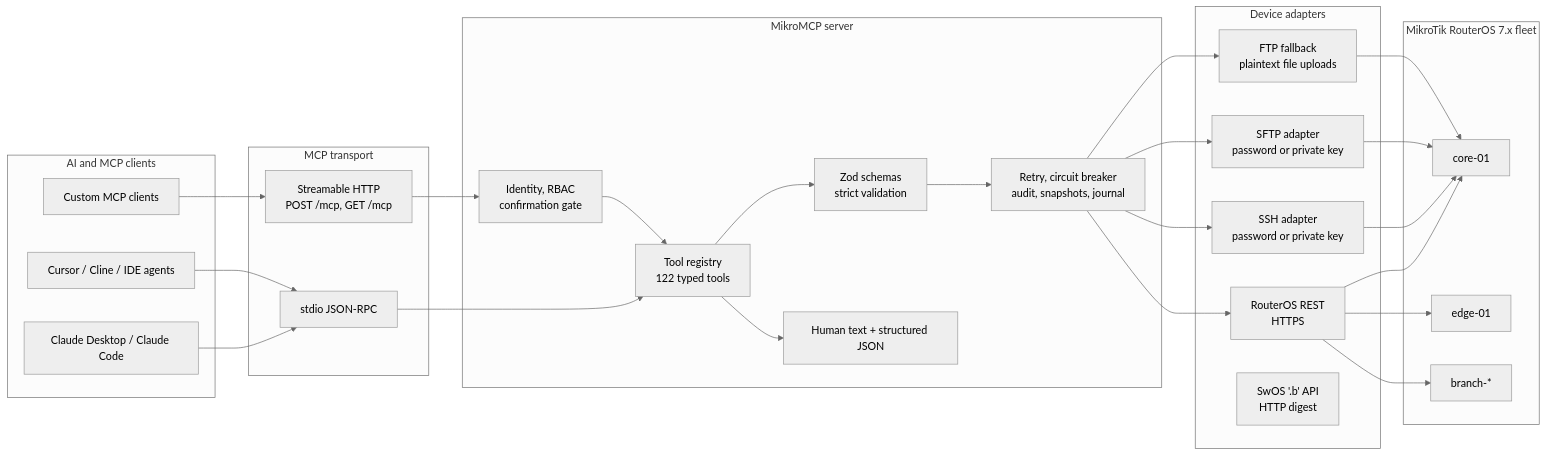
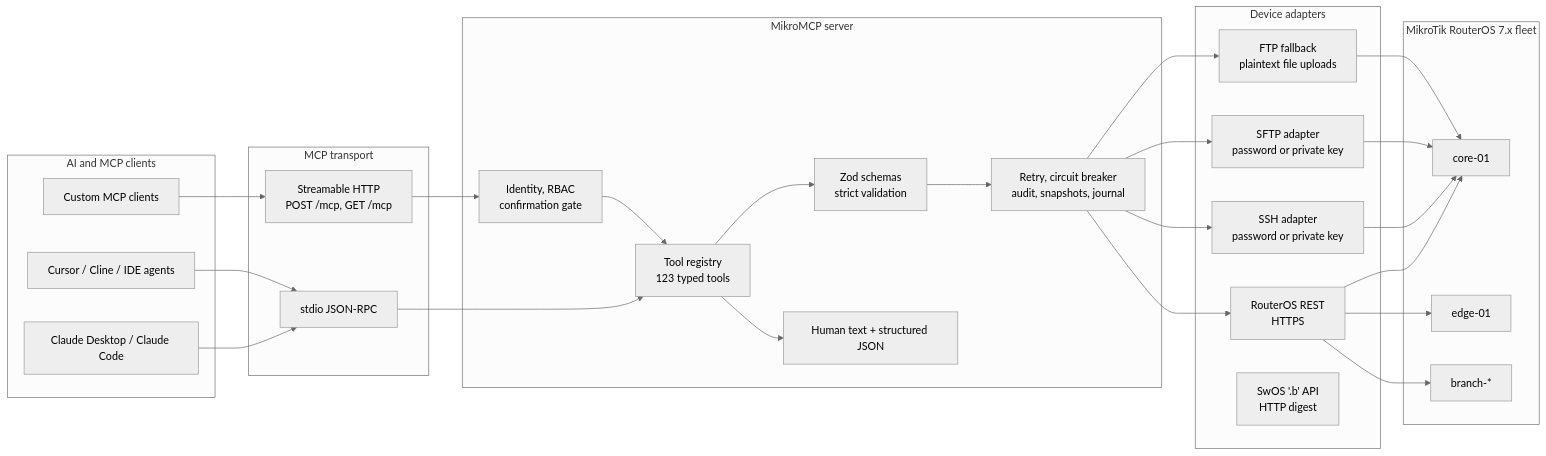
The first of 3 diagrams in docs/wiki/Architecture.md (AliKarami/MikroMCP), drawn with Mermaid (neutral theme) before and after one commit. The commit also changed other lines of this file and 16 other files, not shown here.

````diff
--- a/docs/wiki/Architecture.md
+++ b/docs/wiki/Architecture.md
@@ -5,55 +5,55 @@
 ```mermaid
 flowchart LR
     subgraph Clients["AI and MCP clients"]
         Claude["Claude Desktop / Claude Code"]
         Cursor["Cursor / Cline / IDE agents"]
         Service["Custom MCP clients"]
     end
 
     subgraph Transport["MCP transport"]
         Stdio["stdio JSON-RPC"]
         Http["Streamable HTTP\nPOST /mcp, GET /mcp"]
     end
 
     subgraph Core["MikroMCP server"]
-        Registry["Tool registry\n122 typed tools"]
+        Registry["Tool registry\n123 typed tools"]
         Schemas["Zod schemas\nstrict validation"]
         Auth["Identity, RBAC\nconfirmation gate"]
         Safety["Retry, circuit breaker\naudit, snapshots, journal"]
         Format["Human text + structured JSON"]
     end
 
     subgraph Adapters["Device adapters"]
         Rest["RouterOS REST\nHTTPS"]
         Ssh["SSH adapter\npassword or private key"]
         Sftp["SFTP adapter\npassword or private key"]
         Ftp["FTP fallback\nplaintext file uploads"]
         Swos["SwOS '.b' API\nHTTP digest"]
     end
 
     subgraph Routers["MikroTik RouterOS 7.x fleet"]
         CoreRouter["core-01"]
         EdgeRouter["edge-01"]
         BranchRouter["branch-*"]
     end
 
     Claude --> Stdio
     Cursor --> Stdio
     Service --> Http
     Stdio --> Registry
     Http --> Auth
     Auth --> Registry
     Registry --> Schemas
     Schemas --> Safety
     Safety --> Rest
     Safety --> Ssh
     Safety --> Sftp
     Safety --> Ftp
     Rest --> CoreRouter
     Rest --> EdgeRouter
     Rest --> BranchRouter
     Ssh --> CoreRouter
     Sftp --> CoreRouter
     Ftp --> CoreRouter
     Registry --> Format
 ```
````
